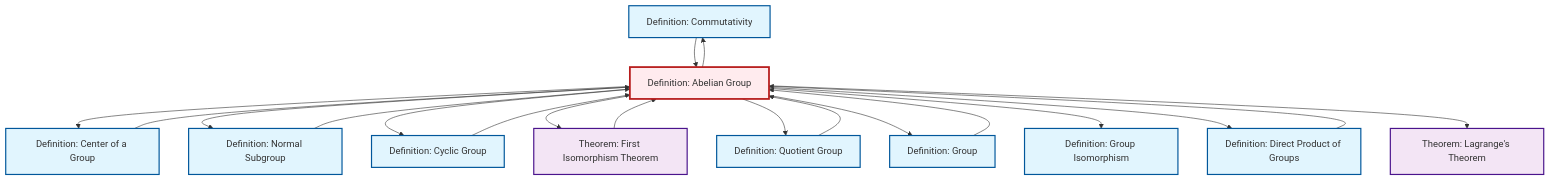
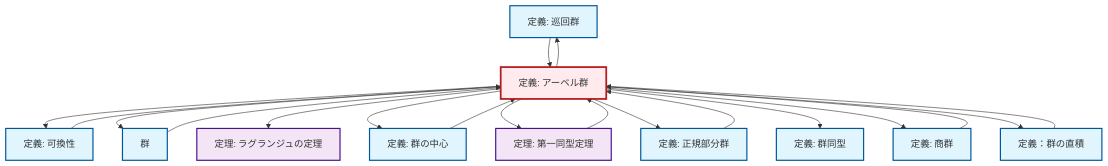
Before and after one commit to RK0429/ModernMath: the diagram in content/ja/algebra/def-abelian-group.qmd, drawn with Mermaid. The commit also changed 1069 other files, not shown here.

````diff
--- a/content/ja/algebra/def-abelian-group.qmd
+++ b/content/ja/algebra/def-abelian-group.qmd
@@ -104,49 +104,49 @@
 ```{mermaid}
 %%| fig-cap: "Local dependency graph"
 graph TD
     classDef definition fill:#e1f5fe,stroke:#01579b,stroke-width:2px
     classDef theorem fill:#f3e5f5,stroke:#4a148c,stroke-width:2px
     classDef axiom fill:#fff3e0,stroke:#e65100,stroke-width:2px
     classDef example fill:#e8f5e9,stroke:#1b5e20,stroke-width:2px
     classDef current fill:#ffebee,stroke:#b71c1c,stroke-width:3px
-    def-commutativity["Definition: Commutativity"]:::definition
-    def-cyclic-group["Definition: Cyclic Group"]:::definition
-    def-isomorphism["Definition: Group Isomorphism"]:::definition
-    def-group["Definition: Group"]:::definition
-    def-center-of-group["Definition: Center of a Group"]:::definition
-    thm-first-isomorphism["Theorem: First Isomorphism Theorem"]:::theorem
-    thm-lagrange["Theorem: Lagrange's Theorem"]:::theorem
-    def-quotient-group["Definition: Quotient Group"]:::definition
-    def-direct-product["Definition: Direct Product of Groups"]:::definition
-    def-normal-subgroup["Definition: Normal Subgroup"]:::definition
-    def-abelian-group["Definition: Abelian Group"]:::definition
+    thm-lagrange["定理: ラグランジュの定理"]:::theorem
+    def-cyclic-group["定義: 巡回群"]:::definition
+    def-commutativity["定義: 可換性"]:::definition
+    def-normal-subgroup["定義: 正規部分群"]:::definition
+    def-isomorphism["定義: 群同型"]:::definition
+    def-direct-product["定義：群の直積"]:::definition
+    thm-first-isomorphism["定理: 第一同型定理"]:::theorem
+    def-quotient-group["定義: 商群"]:::definition
+    def-abelian-group["定義: アーベル群"]:::definition
+    def-center-of-group["定義: 群の中心"]:::definition
+    def-group["群"]:::definition
     def-group --> def-abelian-group
     thm-first-isomorphism --> def-abelian-group
+    def-abelian-group --> def-commutativity
+    def-abelian-group --> def-cyclic-group
+    def-commutativity --> def-abelian-group
+    def-quotient-group --> def-abelian-group
+    def-abelian-group --> def-group
+    def-abelian-group --> thm-lagrange
     def-abelian-group --> def-center-of-group
+    def-abelian-group --> thm-first-isomorphism
+    def-cyclic-group --> def-abelian-group
     def-abelian-group --> def-normal-subgroup
-    def-abelian-group --> def-cyclic-group
-    def-abelian-group --> thm-first-isomorphism
+    def-abelian-group --> def-isomorphism
     def-center-of-group --> def-abelian-group
+    def-abelian-group --> def-quotient-group
+    def-abelian-group --> def-direct-product
     def-normal-subgroup --> def-abelian-group
-    def-commutativity --> def-abelian-group
-    def-cyclic-group --> def-abelian-group
-    def-quotient-group --> def-abelian-group
-    def-abelian-group --> def-quotient-group
-    def-abelian-group --> def-commutativity
-    def-abelian-group --> def-group
-    def-abelian-group --> def-isomorphism
-    def-abelian-group --> def-direct-product
     def-direct-product --> def-abelian-group
-    def-abelian-group --> thm-lagrange
     class def-abelian-group current
-    click def-commutativity "def-commutativity.html" "Definition: Commutativityへ"
-    click def-cyclic-group "def-cyclic-group.html" "Definition: Cyclic Groupへ"
-    click def-isomorphism "def-isomorphism.html" "Definition: Group Isomorphismへ"
-    click def-group "def-group.html" "Definition: Groupへ"
-    click def-center-of-group "def-center-of-group.html" "Definition: Center of a Groupへ"
-    click thm-first-isomorphism "thm-first-isomorphism.html" "Theorem: First Isomorphism Theoremへ"
-    click thm-lagrange "thm-lagrange.html" "Theorem: Lagrange's Theoremへ"
-    click def-quotient-group "def-quotient-group.html" "Definition: Quotient Groupへ"
-    click def-direct-product "def-direct-product.html" "Definition: Direct Product of Groupsへ"
-    click def-normal-subgroup "def-normal-subgroup.html" "Definition: Normal Subgroupへ"
+    click thm-lagrange "thm-lagrange.html" "ラグランジュの定理の定理へ"
+    click def-cyclic-group "def-cyclic-group.html" "巡回群の定義へ"
+    click def-commutativity "def-commutativity.html" "可換性の定義へ"
+    click def-normal-subgroup "def-normal-subgroup.html" "正規部分群の定義へ"
+    click def-isomorphism "def-isomorphism.html" "群同型の定義へ"
+    click def-direct-product "def-direct-product.html" "定義：群の直積へ"
+    click thm-first-isomorphism "thm-first-isomorphism.html" "第一同型定理の定理へ"
+    click def-quotient-group "def-quotient-group.html" "商群の定義へ"
+    click def-center-of-group "def-center-of-group.html" "群の中心の定義へ"
+    click def-group "def-group.html" "群へ"
 ```
````
